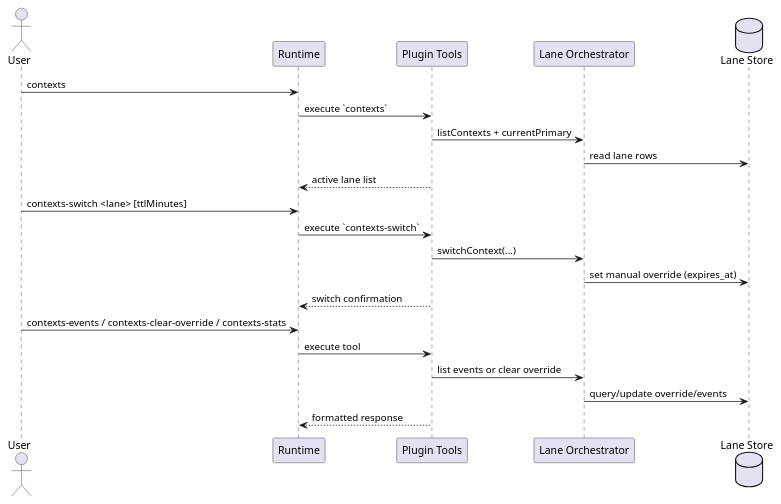
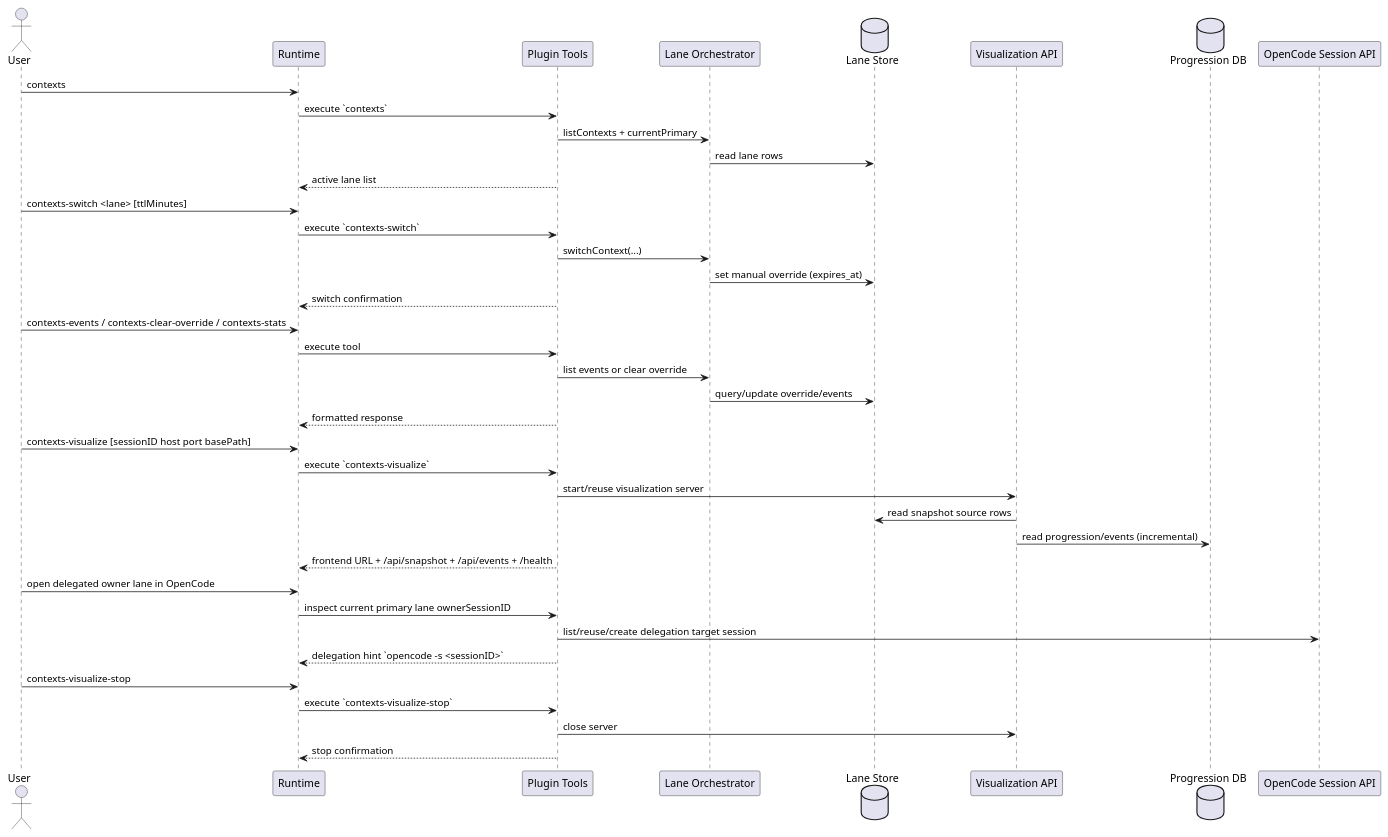
One commit to manorit2001/opencode-rlm-plugin changed the diagram in docs/uml/context-lanes-tools-sequence.puml. Above: the diagram before and after it, drawn with PlantUML. The commit also changed 13 other files, not shown here.

Commit message:
docs: expand lane architecture with events and delegation

```diff
--- a/docs/uml/context-lanes-tools-sequence.puml
+++ b/docs/uml/context-lanes-tools-sequence.puml
@@ -1,25 +1,45 @@
 @startuml
 actor User
 participant "Runtime" as Runtime
 participant "Plugin Tools" as Tools
 participant "Lane Orchestrator" as Orch
 database "Lane Store" as Store
+participant "Visualization API" as VizAPI
+database "Progression DB" as EventStore
+participant "OpenCode Session API" as SessionAPI
 
 User -> Runtime : contexts
 Runtime -> Tools : execute `contexts`
 Tools -> Orch : listContexts + currentPrimary
 Orch -> Store : read lane rows
 Tools --> Runtime : active lane list
 
 User -> Runtime : contexts-switch <lane> [ttlMinutes]
 Runtime -> Tools : execute `contexts-switch`
 Tools -> Orch : switchContext(...)
 Orch -> Store : set manual override (expires_at)
 Tools --> Runtime : switch confirmation
 
 User -> Runtime : contexts-events / contexts-clear-override / contexts-stats
 Runtime -> Tools : execute tool
 Tools -> Orch : list events or clear override
 Orch -> Store : query/update override/events
 Tools --> Runtime : formatted response
+
+User -> Runtime : contexts-visualize [sessionID host port basePath]
+Runtime -> Tools : execute `contexts-visualize`
+Tools -> VizAPI : start/reuse visualization server
+VizAPI -> Store : read snapshot source rows
+VizAPI -> EventStore : read progression/events (incremental)
+Tools --> Runtime : frontend URL + /api/snapshot + /api/events + /health
+
+User -> Runtime : open delegated owner lane in OpenCode
+Runtime -> Tools : inspect current primary lane ownerSessionID
+Tools -> SessionAPI : list/reuse/create delegation target session
+Tools --> Runtime : delegation hint `opencode -s <sessionID>`
+
+User -> Runtime : contexts-visualize-stop
+Runtime -> Tools : execute `contexts-visualize-stop`
+Tools -> VizAPI : close server
+Tools --> Runtime : stop confirmation
 @enduml
```
